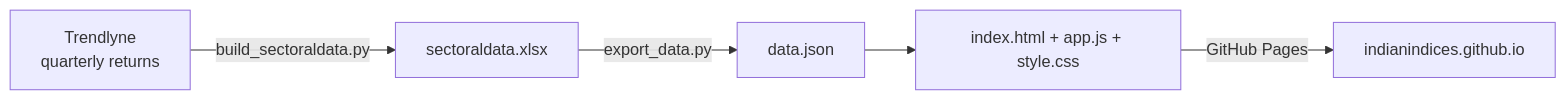
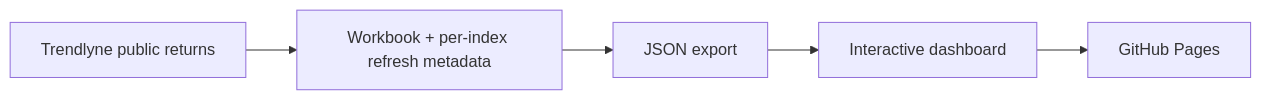
Before and after one commit to indianindices/indianindices.github.io: the diagram in README.md, drawn with Mermaid. The commit also changed other lines of this file and 19 other files, not shown here.

````diff
--- a/README.md
+++ b/README.md
@@ -68,7 +183,7 @@
 ```mermaid
 flowchart LR
-    A[Trendlyne<br/>quarterly returns] -->|build_sectoraldata.py| B[sectoraldata.xlsx]
-    B -->|export_data.py| C[data.json]
-    C --> D[index.html + app.js + style.css]
-    D -->|GitHub Pages| E[indianindices.github.io]
+    A[Trendlyne public returns] --> B[Workbook + per-index refresh metadata]
+    B --> C[JSON export]
+    C --> D[Interactive dashboard]
+    D --> E[GitHub Pages]
 ```
````
